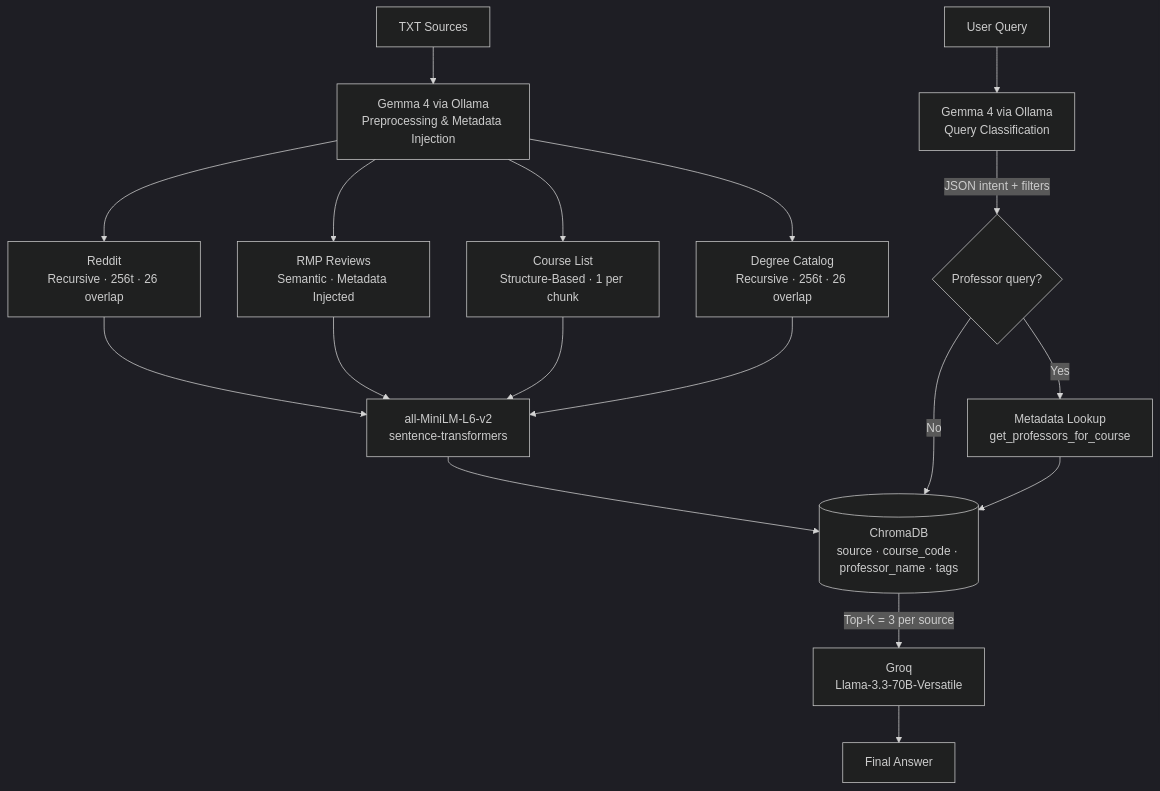
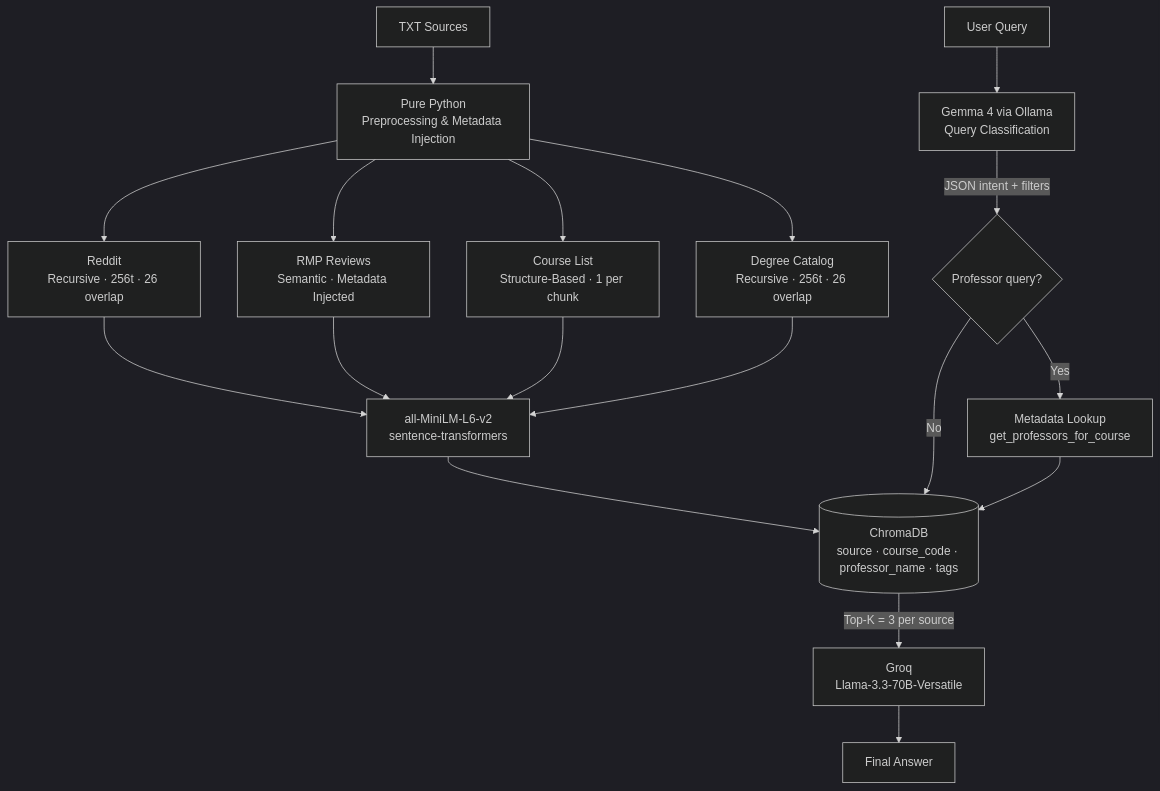
One commit to JoseLoarca/ai201-project1 changed the diagram in planning.md. Above: the diagram before and after it, drawn with Mermaid (dark theme). The commit also changed other lines of this file, not shown here.

````diff
--- a/planning.md
+++ b/planning.md
@@ -152,21 +152,21 @@
 ```mermaid
 flowchart TD
-    A[TXT Sources] --> B[Gemma 4 via Ollama\nPreprocessing & Metadata Injection]
+    A[TXT Sources] --> B[Pure Python\nPreprocessing & Metadata Injection]
 
     B --> C1[Reddit\nRecursive · 256t · 26 overlap]
     B --> C2[RMP Reviews\nSemantic · Metadata Injected]
     B --> C3[Course List\nStructure-Based · 1 per chunk]
     B --> C4[Degree Catalog\nRecursive · 256t · 26 overlap]
 
     C1 & C2 & C3 & C4 --> D[all-MiniLM-L6-v2\nsentence-transformers]
     D --> E[(ChromaDB\nsource · course_code · professor_name · tags)]
 
     F[User Query] --> G[Gemma 4 via Ollama\nQuery Classification]
     G -->|JSON intent + filters| H{Professor query?}
     H -->|Yes| I[Metadata Lookup\nget_professors_for_course]
     H -->|No| E
     I --> E
 
     E -->|Top-K = 3 per source| J[Groq\nLlama-3.3-70B-Versatile]
     J --> K[Final Answer]
 ```
````
